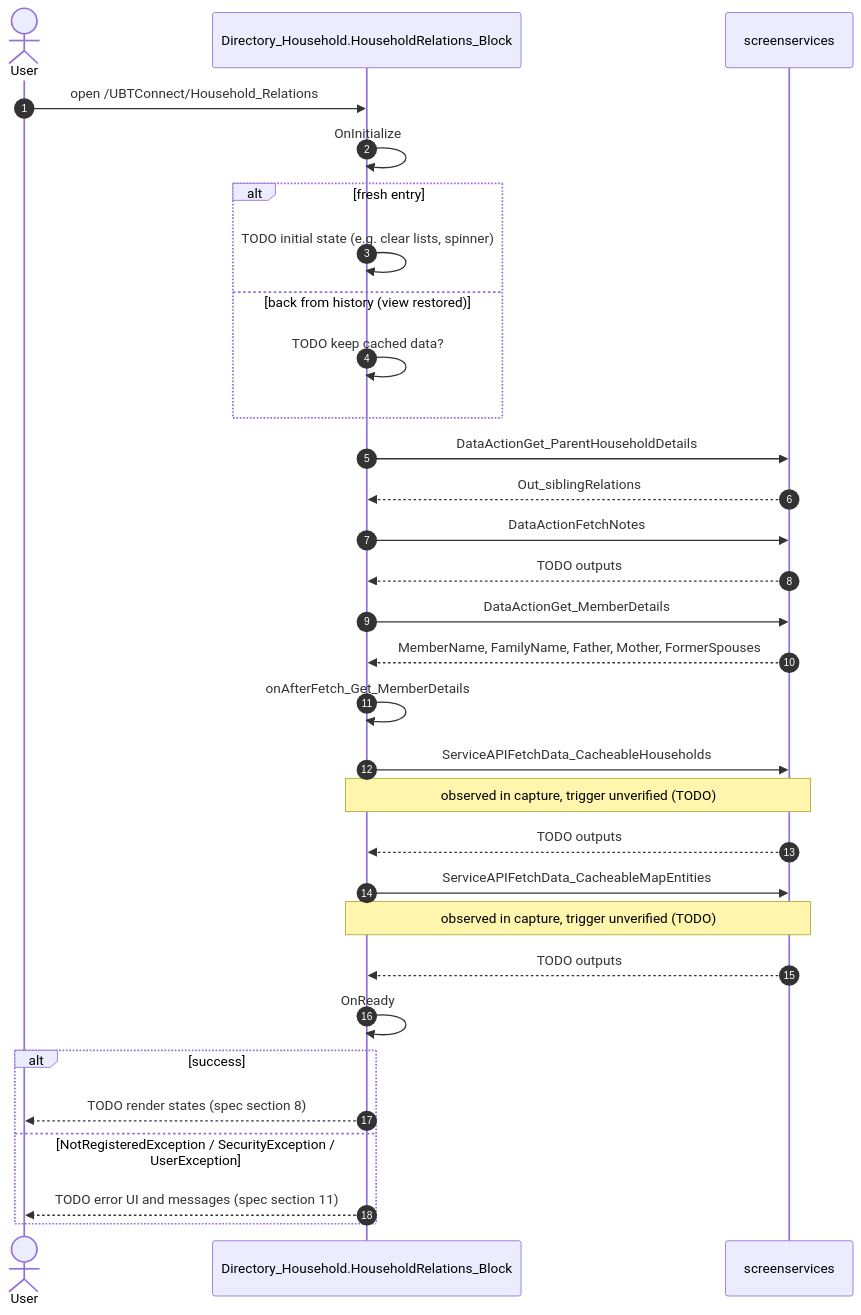
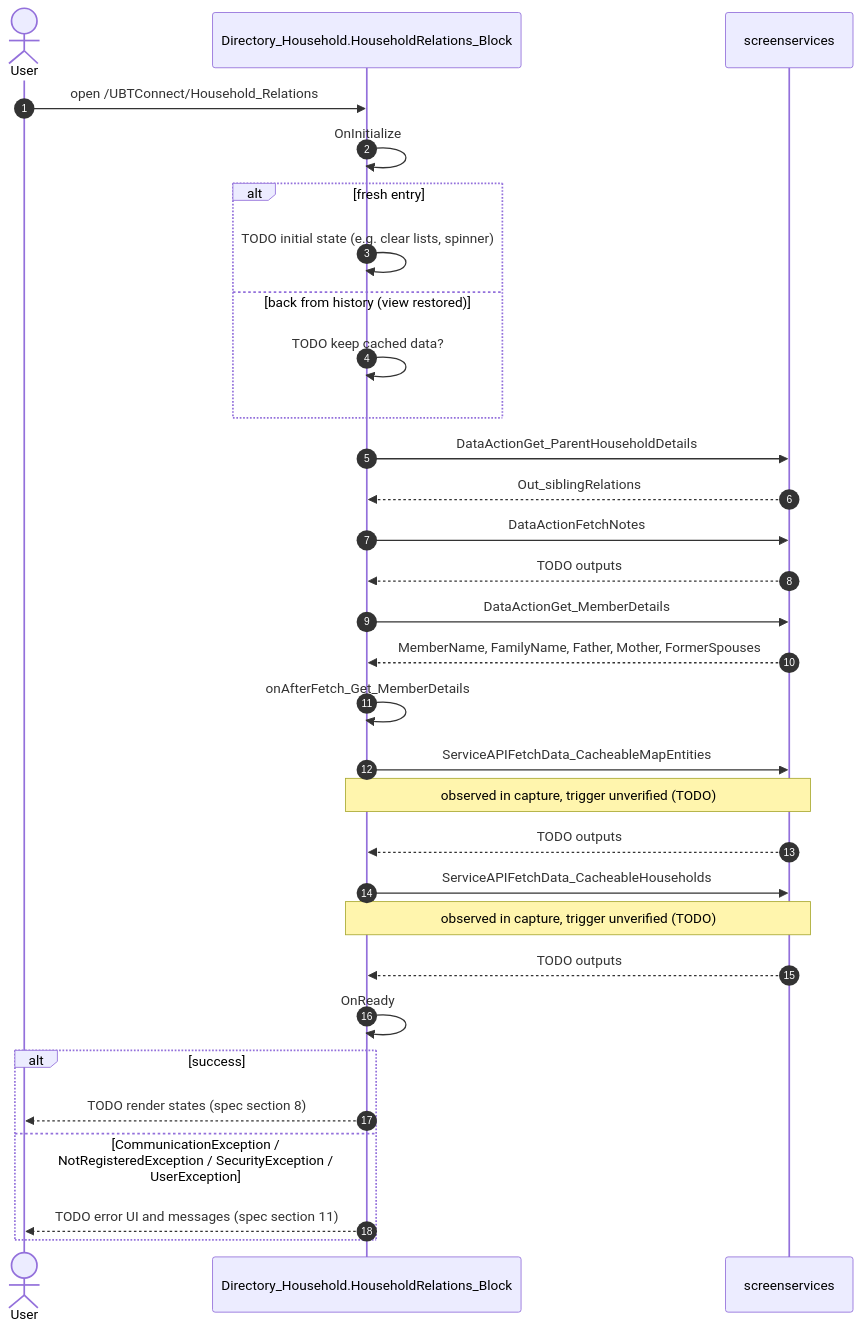
One commit to Phoenix-DX/connect-new-ui changed the second of 8 diagrams in migration/screens/Household_Relations/analysis/diagrams.md. Above: the diagram before and after it, drawn with Mermaid. The commit also changed other lines of this file and 1877 other files, not shown here.

````diff
--- a/migration/screens/Household_Relations/analysis/diagrams.md
+++ b/migration/screens/Household_Relations/analysis/diagrams.md
@@ -84,34 +84,34 @@
 ```mermaid
 %% DRAFT generated by analyze_capture.py. Fill every TODO from the handlers in sources/pretty.
 sequenceDiagram
   autonumber
   actor U as User
   participant S as Directory_Household.HouseholdRelations_Block
   participant API as screenservices
   U->>S: open /UBTConnect/Household_Relations
   S->>S: OnInitialize
   alt fresh entry
     S->>S: TODO initial state (e.g. clear lists, spinner)
   else back from history (view restored)
     S->>S: TODO keep cached data?
   end
   S->>API: DataActionGet_ParentHouseholdDetails
   API-->>S: Out_siblingRelations
   S->>API: DataActionFetchNotes
   API-->>S: TODO outputs
   S->>API: DataActionGet_MemberDetails
   API-->>S: MemberName, FamilyName, Father, Mother, FormerSpouses
   S->>S: onAfterFetch_Get_MemberDetails
-  S->>API: ServiceAPIFetchData_CacheableHouseholds
+  S->>API: ServiceAPIFetchData_CacheableMapEntities
   Note over S,API: observed in capture, trigger unverified (TODO)
   API-->>S: TODO outputs
-  S->>API: ServiceAPIFetchData_CacheableMapEntities
+  S->>API: ServiceAPIFetchData_CacheableHouseholds
   Note over S,API: observed in capture, trigger unverified (TODO)
   API-->>S: TODO outputs
   S->>S: OnReady
   alt success
     S-->>U: TODO render states (spec section 8)
-  else NotRegisteredException / SecurityException / UserException
+  else CommunicationException / NotRegisteredException / SecurityException / UserException
     S-->>U: TODO error UI and messages (spec section 11)
   end
 ```
````
